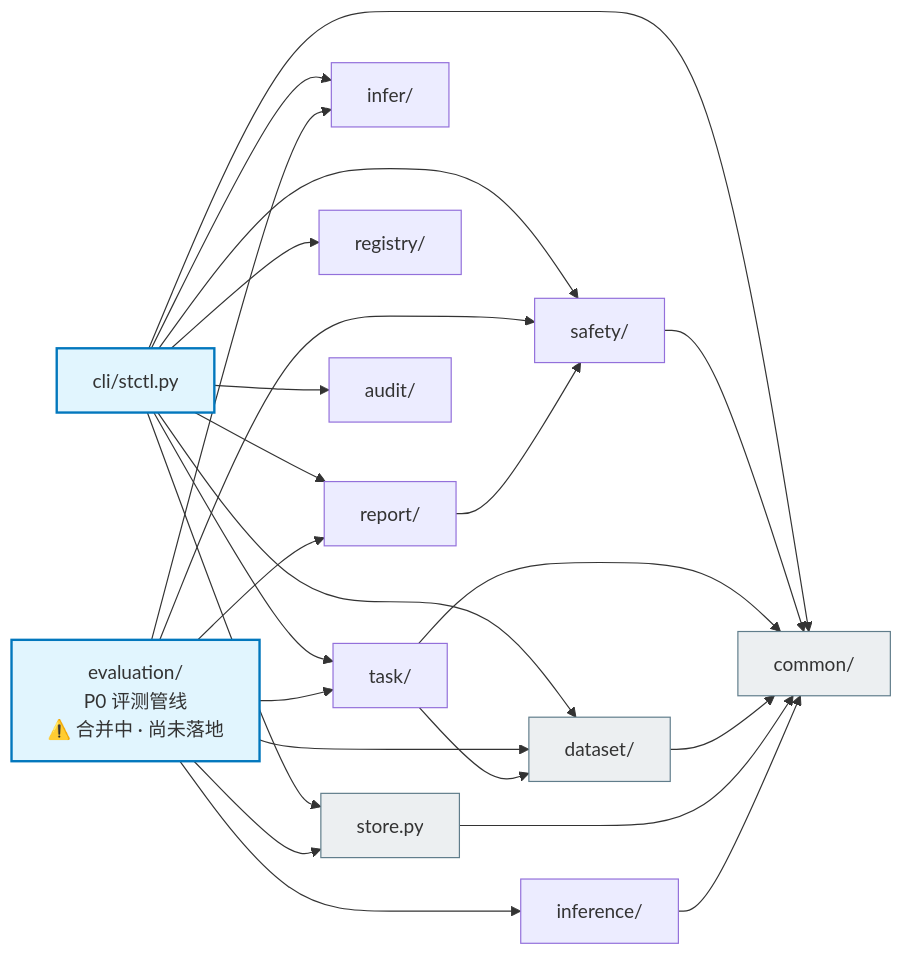
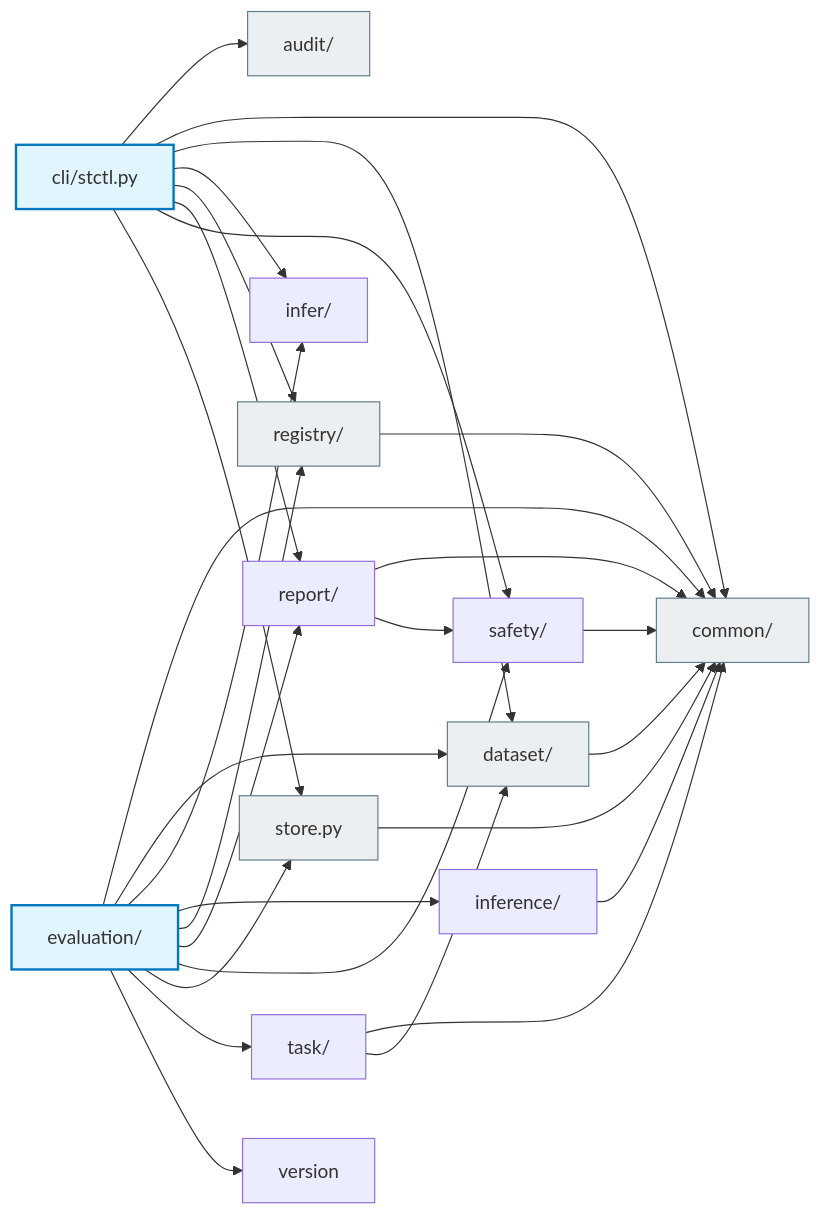
Before and after one commit to buhaiqing/SynthTrial: the fourth of 4 diagrams in docs/design.md, drawn with Mermaid. The commit also changed other lines of this file and 1 other file, not shown here.

Commit message:
fix(design): §11.4 dependency graph is now GENERATED, not hand-drawn
Critic-DesignDiagrams found a fabricated edge: the graph was labelled
'generated from src/ imports' but CLI->TASK was drawn from memory and does not
exist (stctl imports audit/common/dataset/infer/registry/report/safety/store,
never task). The same pass also found two real edges missing (registry->common,
report->common).

Rather than patch the one wrong edge, tools/gen_dep_graph.py now derives the
whole graph from the real imports and --check exits 1 on drift, so this claim
is falsifiable on every run instead of looking self-consistent while wrong.
Current graph: 27 edges, verified byte-identical to grep output.

Also merges the P0 evaluation pipeline (154 tests green) whose real imports
now appear in the generated graph.

````diff
--- a/docs/design.md
+++ b/docs/design.md
@@ -394,45 +398,49 @@
 ```mermaid
 flowchart LR
-    CLI["cli/stctl.py"]
-    TASK["task/"]
-    INFERENCE["inference/"]
-    INFER["infer/"]
-    SAFETY["safety/"]
-    REPORT["report/"]
-    REGISTRY["registry/"]
-    DATASET["dataset/"]
-    STORE["store.py"]
-    AUDIT["audit/"]
-    COMMON["common/"]
-    EVAL["evaluation/<br/>P0 评测管线<br/>⚠️ 合并中 · 尚未落地"]
+    N_AUDIT["audit/"]
+    N_CLI["cli/stctl.py"]
+    N_COMMON["common/"]
+    N_DATASET["dataset/"]
+    N_EVALUATION["evaluation/"]
+    N_INFER["infer/"]
+    N_INFERENCE["inference/"]
+    N_REGISTRY["registry/"]
+    N_REPORT["report/"]
+    N_SAFETY["safety/"]
+    N_STORE["store.py"]
+    N_TASK["task/"]
+    N_VERSION["version"]
 
-    CLI --> TASK
-    CLI --> DATASET
-    CLI --> INFER
-    CLI --> SAFETY
-    CLI --> REPORT
-    CLI --> REGISTRY
-    CLI --> STORE
-    CLI --> AUDIT
-    CLI --> COMMON
-    EVAL --> TASK
-    EVAL --> INFERENCE
-    EVAL --> INFER
-    EVAL --> SAFETY
-    EVAL --> REPORT
-    EVAL --> STORE
-    EVAL --> DATASET
+    N_CLI --> N_AUDIT
+    N_CLI --> N_COMMON
+    N_CLI --> N_DATASET
+    N_CLI --> N_INFER
+    N_CLI --> N_REGISTRY
+    N_CLI --> N_REPORT
+    N_CLI --> N_SAFETY
+    N_CLI --> N_STORE
+    N_DATASET --> N_COMMON
+    N_EVALUATION --> N_COMMON
+    N_EVALUATION --> N_DATASET
+    N_EVALUATION --> N_INFER
+    N_EVALUATION --> N_INFERENCE
+    N_EVALUATION --> N_REGISTRY
+    N_EVALUATION --> N_REPORT
+    N_EVALUATION --> N_SAFETY
+    N_EVALUATION --> N_STORE
+    N_EVALUATION --> N_TASK
+    N_EVALUATION --> N_VERSION
+    N_INFERENCE --> N_COMMON
+    N_REGISTRY --> N_COMMON
+    N_REPORT --> N_COMMON
+    N_REPORT --> N_SAFETY
+    N_SAFETY --> N_COMMON
+    N_STORE --> N_COMMON
+    N_TASK --> N_COMMON
+    N_TASK --> N_DATASET
 
-    SAFETY --> COMMON
-    TASK --> COMMON
-    TASK --> DATASET
-    DATASET --> COMMON
-    STORE --> COMMON
-    REPORT --> SAFETY
-    INFERENCE --> COMMON
-
+    classDef orch fill:#e1f5fe,stroke:#0277bd,stroke-width:2px
     classDef leaf fill:#eceff1,stroke:#607d8b
-    classDef orch fill:#e1f5fe,stroke:#0277bd,stroke-width:2px
-    class COMMON,DATASET,STORE leaf
-    class CLI,EVAL orch
+    class N_CLI,N_EVALUATION orch
+    class N_AUDIT,N_COMMON,N_DATASET,N_REGISTRY,N_STORE leaf
 ```
````
